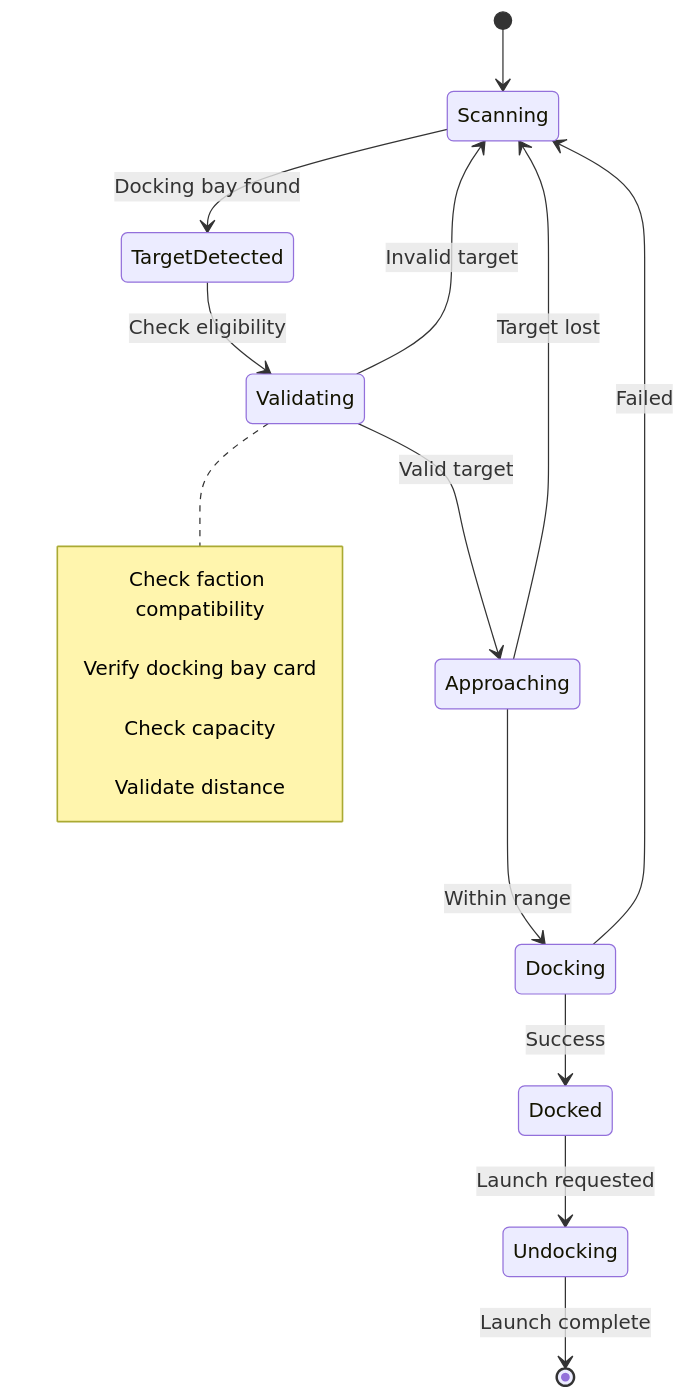
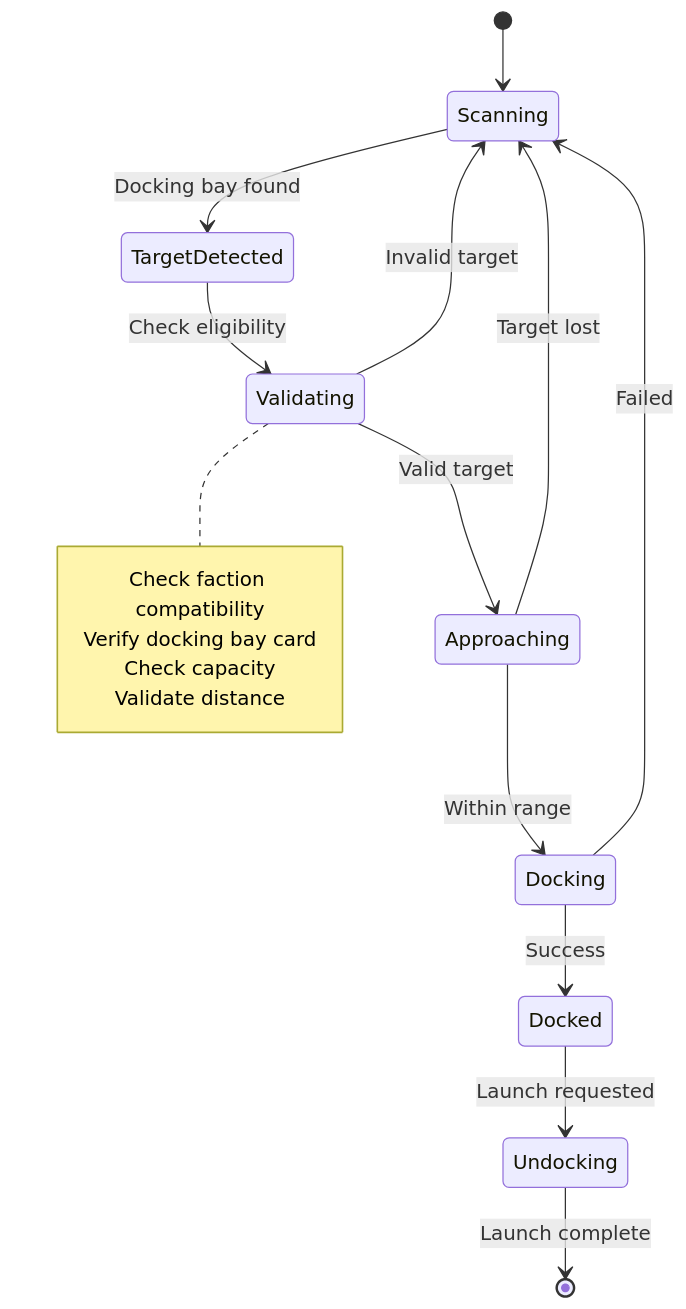
One commit to thoracle/planetz changed the third of 10 diagrams in docs/docking_refactor.md. Above: the diagram before and after it, drawn with Mermaid. The commit also changed 16 other files, not shown here.

````diff
--- a/docs/docking_refactor.md
+++ b/docs/docking_refactor.md
@@ -226,21 +226,21 @@
 ```mermaid
 stateDiagram-v2
     [*] --> Scanning
     Scanning --> TargetDetected : Docking bay found
     TargetDetected --> Validating : Check eligibility
     Validating --> Approaching : Valid target
     Validating --> Scanning : Invalid target
     Approaching --> Docking : Within range
     Approaching --> Scanning : Target lost
     Docking --> Docked : Success
     Docking --> Scanning : Failed
     Docked --> Undocking : Launch requested
     Undocking --> [*] : Launch complete
     
     note right of Validating
-        Check faction compatibility<br/>
-        Verify docking bay card<br/>
-        Check capacity<br/>
+        Check faction compatibility
+        Verify docking bay card
+        Check capacity
         Validate distance
     end note
 ```
````
